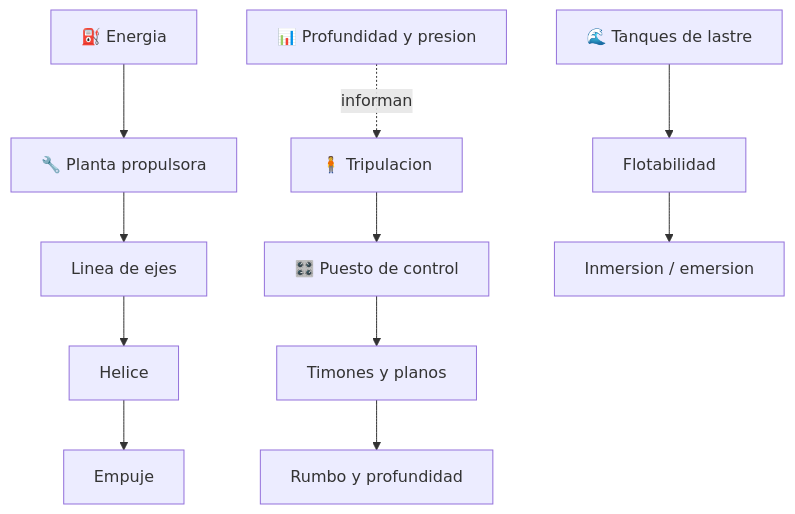
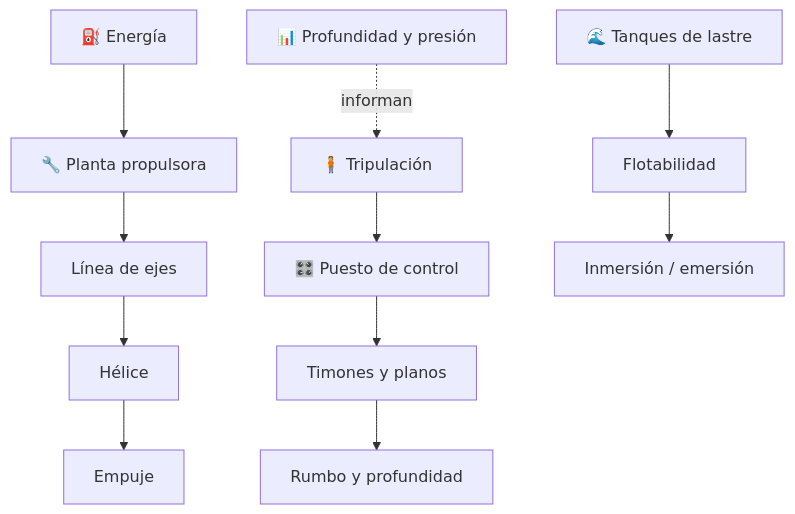
One commit to vladimiracunadev-create/machine-operator-program changed the diagram in vehiculos/submarinos/README.md. Above: the diagram before and after it, drawn with Mermaid. The commit also changed other lines of this file and 442 other files, not shown here.

````diff
--- a/vehiculos/submarinos/README.md
+++ b/vehiculos/submarinos/README.md
@@ -32,13 +32,13 @@
 ```mermaid
 flowchart TD
-    Energia[⛽ Energia] --> Motor[🔧 Planta propulsora]
-    Motor --> Eje[Linea de ejes]
-    Eje --> Helice[Helice]
+    Energia[⛽ Energía] --> Motor[🔧 Planta propulsora]
+    Motor --> Eje[Línea de ejes]
+    Eje --> Helice[Hélice]
     Helice --> Empuje[Empuje]
     Control[🎛️ Puesto de control] --> Timones[Timones y planos]
     Timones --> Profundidad[Rumbo y profundidad]
     Lastre[🌊 Tanques de lastre] --> Flotabilidad[Flotabilidad]
-    Flotabilidad --> Inmersion[Inmersion / emersion]
-    Instrumentos[📊 Profundidad y presion] -. informan .-> Tripulacion[🧍 Tripulacion]
+    Flotabilidad --> Inmersion[Inmersión / emersión]
+    Instrumentos[📊 Profundidad y presión] -. informan .-> Tripulacion[🧍 Tripulación]
     Tripulacion --> Control
 ```
````
